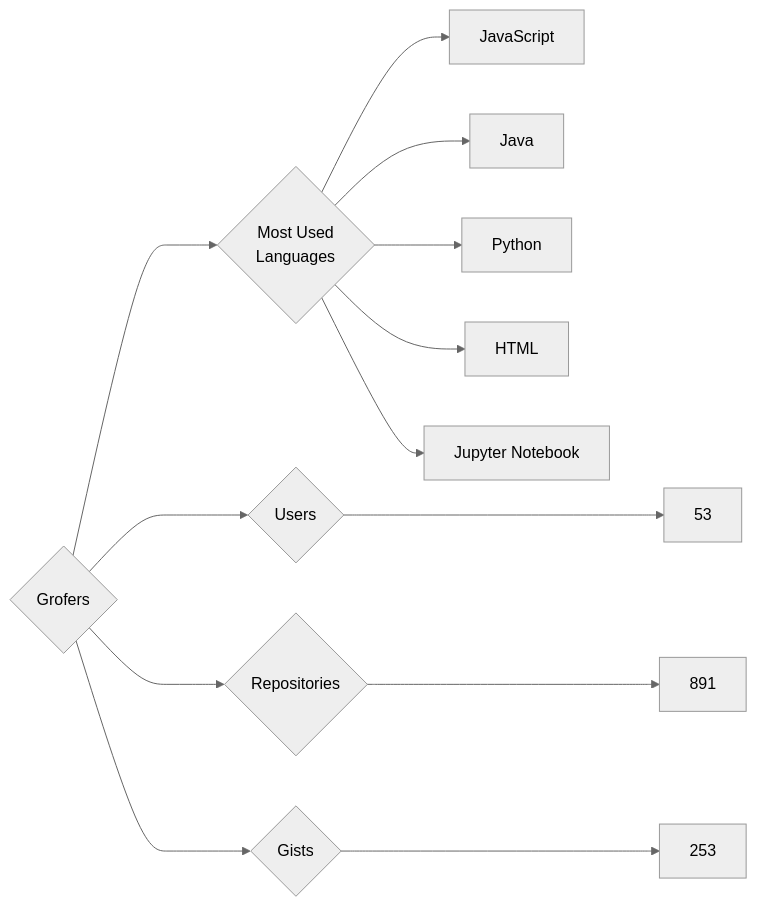
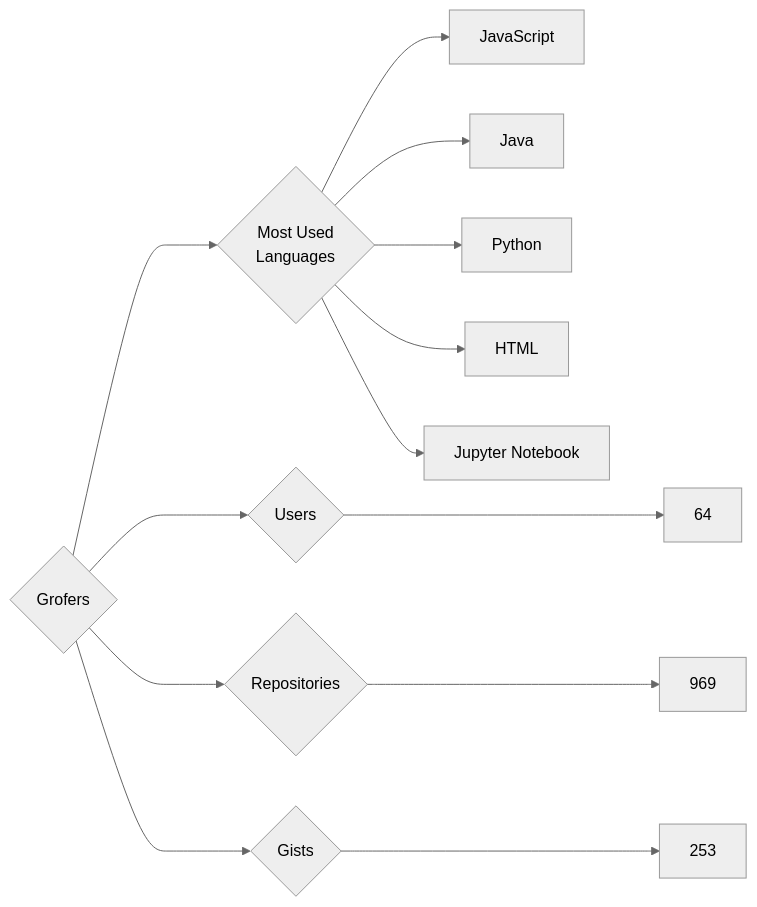
The diagram in targets/Grofers/README.md (trickest/insiders), drawn with Mermaid (neutral theme) before and after one commit. The commit also changed 874 other files, not shown here.

````diff
--- a/targets/Grofers/README.md
+++ b/targets/Grofers/README.md
@@ -3,13 +3,13 @@
 ```mermaid
 graph LR
 COMPANY_NAME{Grofers}
-COMPANY_NAME ---> U{Users} ---> UN[53]
-COMPANY_NAME ---> R{Repositories} ---> RN[891]
+COMPANY_NAME ---> U{Users} ---> UN[64]
+COMPANY_NAME ---> R{Repositories} ---> RN[969]
 COMPANY_NAME ---> G{Gists} ---> GN[253]
 COMPANY_NAME ---> ML{Most Used<br>Languages}
 ML --> JavaScript[JavaScript]
 ML --> Java[Java]
 ML --> Python[Python]
 ML --> HTML[HTML]
 ML --> Jupyter_Notebook[Jupyter Notebook]
 ```
````
